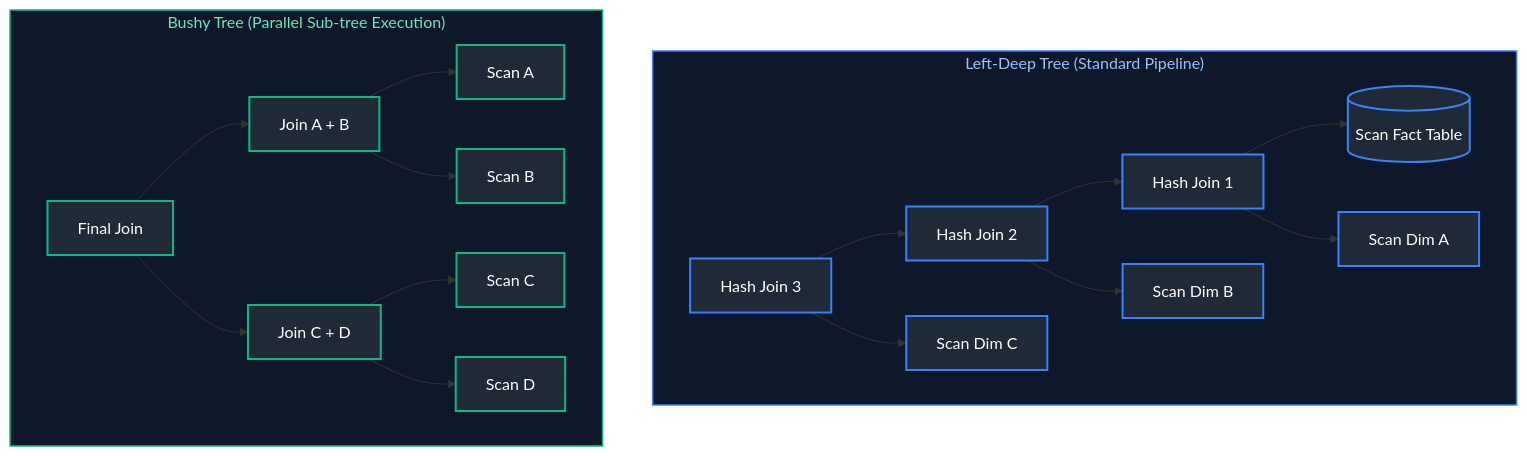
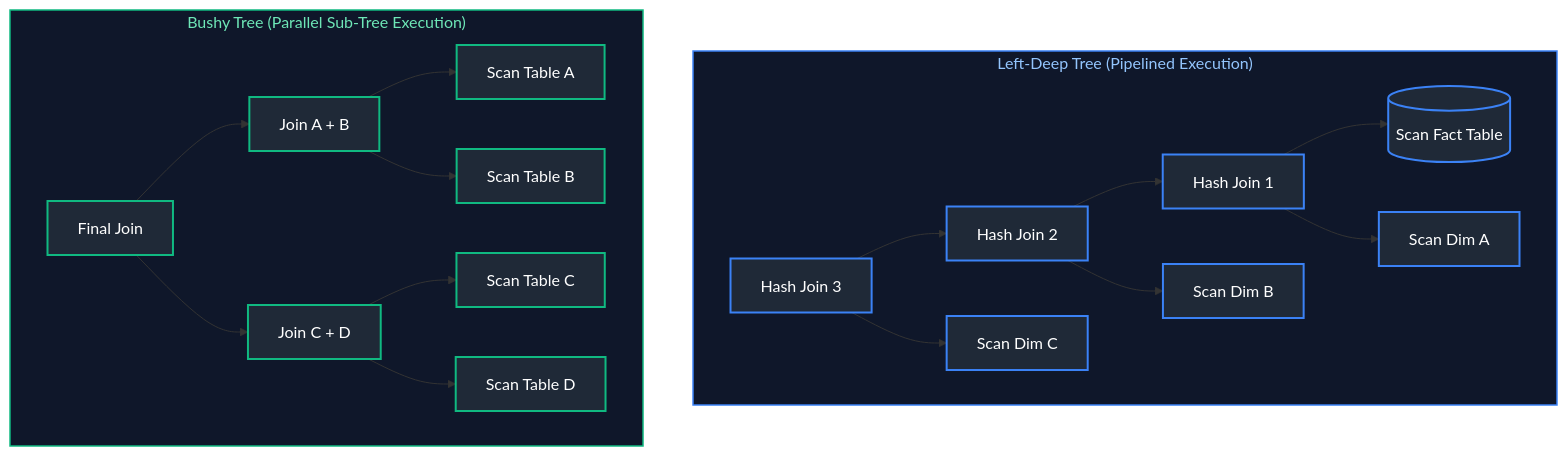
Before and after one commit to joydeep-biswas/Interview-Preparation: the seventh of 12 diagrams in Data Engineering/02_advanced_sql.md, drawn with Mermaid. The commit also changed other lines of this file and 143 other files, not shown here.

````diff
--- a/Data Engineering/02_advanced_sql.md
+++ b/Data Engineering/02_advanced_sql.md
@@ -276,38 +425,37 @@
 ```mermaid
 flowchart TD
-    subgraph LeftDeepTree ["Left-Deep Tree (Standard Pipeline)"]
+    subgraph LeftDeepTree ["Left-Deep Tree (Pipelined Execution)"]
         J3["Hash Join 3"] --> J2["Hash Join 2"]
         J3 --> DimC["Scan Dim C"]
         J2 --> J1["Hash Join 1"]
         J2 --> DimB["Scan Dim B"]
         J1 --> Fact[("Scan Fact Table")]
         J1 --> DimA["Scan Dim A"]
     end
 
-    subgraph BushyTree ["Bushy Tree (Parallel Sub-tree Execution)"]
+    subgraph BushyTree ["Bushy Tree (Parallel Sub-Tree Execution)"]
         BJ["Final Join"] --> Sub1["Join A + B"]
         BJ --> Sub2["Join C + D"]
-        Sub1 --> T_A["Scan A"]
-        Sub1 --> T_B["Scan B"]
-        Sub2 --> T_C["Scan C"]
-        Sub2 --> T_D["Scan D"]
+        Sub1 --> T_A["Scan Table A"]
+        Sub1 --> T_B["Scan Table B"]
+        Sub2 --> T_C["Scan Table C"]
+        Sub2 --> T_D["Scan Table D"]
     end
 
     style LeftDeepTree fill:#0f172a,stroke:#3b82f6,stroke-width:1.5px,color:#93c5fd
     style BushyTree fill:#0f172a,stroke:#10b981,stroke-width:1.5px,color:#6ee7b7
-
     style J3 fill:#1f2937,stroke:#3b82f6,stroke-width:2px,color:#fff
     style J2 fill:#1f2937,stroke:#3b82f6,stroke-width:2px,color:#fff
     style DimC fill:#1f2937,stroke:#3b82f6,stroke-width:2px,color:#fff
     style J1 fill:#1f2937,stroke:#3b82f6,stroke-width:2px,color:#fff
     style DimB fill:#1f2937,stroke:#3b82f6,stroke-width:2px,color:#fff
     style Fact fill:#1f2937,stroke:#3b82f6,stroke-width:2px,color:#fff
     style DimA fill:#1f2937,stroke:#3b82f6,stroke-width:2px,color:#fff
     style BJ fill:#1f2937,stroke:#10b981,stroke-width:2px,color:#fff
     style Sub1 fill:#1f2937,stroke:#10b981,stroke-width:2px,color:#fff
     style Sub2 fill:#1f2937,stroke:#10b981,stroke-width:2px,color:#fff
     style T_A fill:#1f2937,stroke:#10b981,stroke-width:2px,color:#fff
     style T_B fill:#1f2937,stroke:#10b981,stroke-width:2px,color:#fff
     style T_C fill:#1f2937,stroke:#10b981,stroke-width:2px,color:#fff
     style T_D fill:#1f2937,stroke:#10b981,stroke-width:2px,color:#fff
 ```
````
